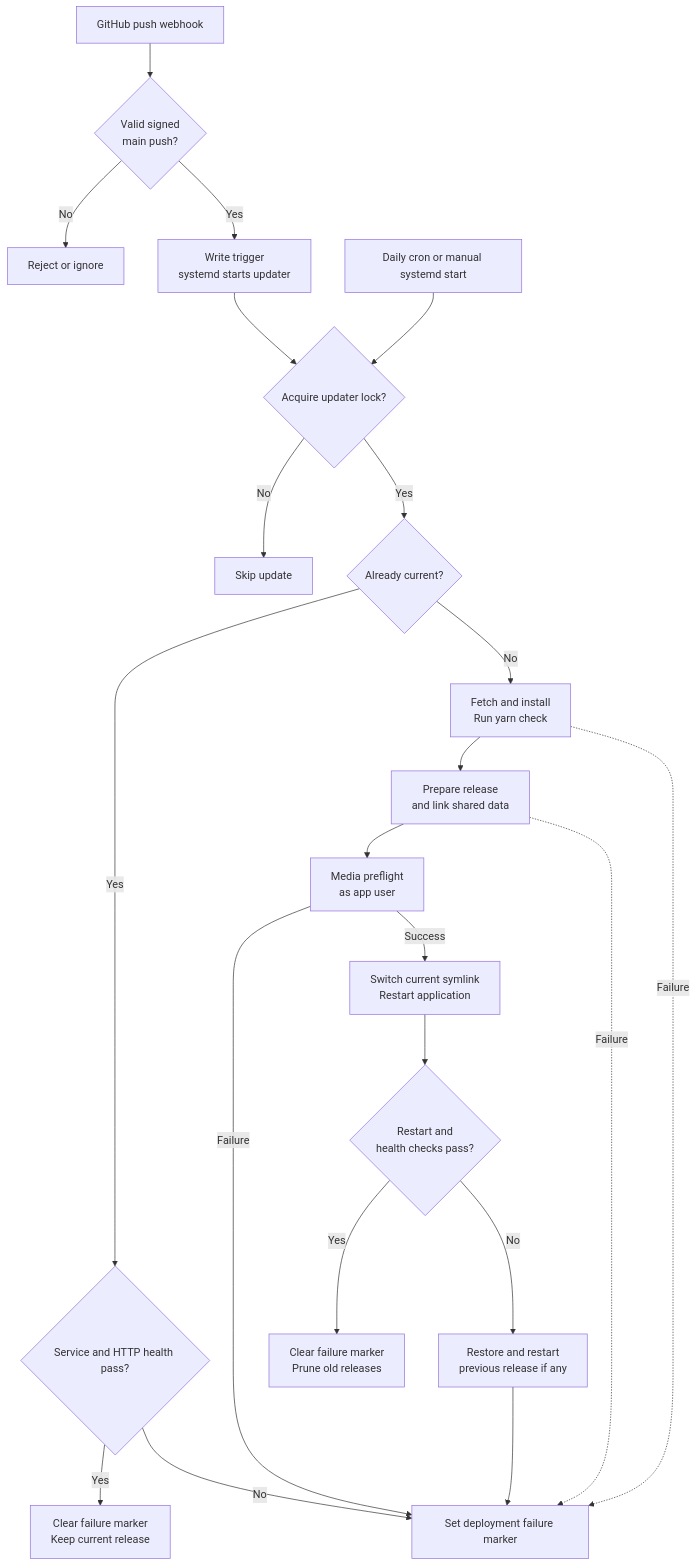
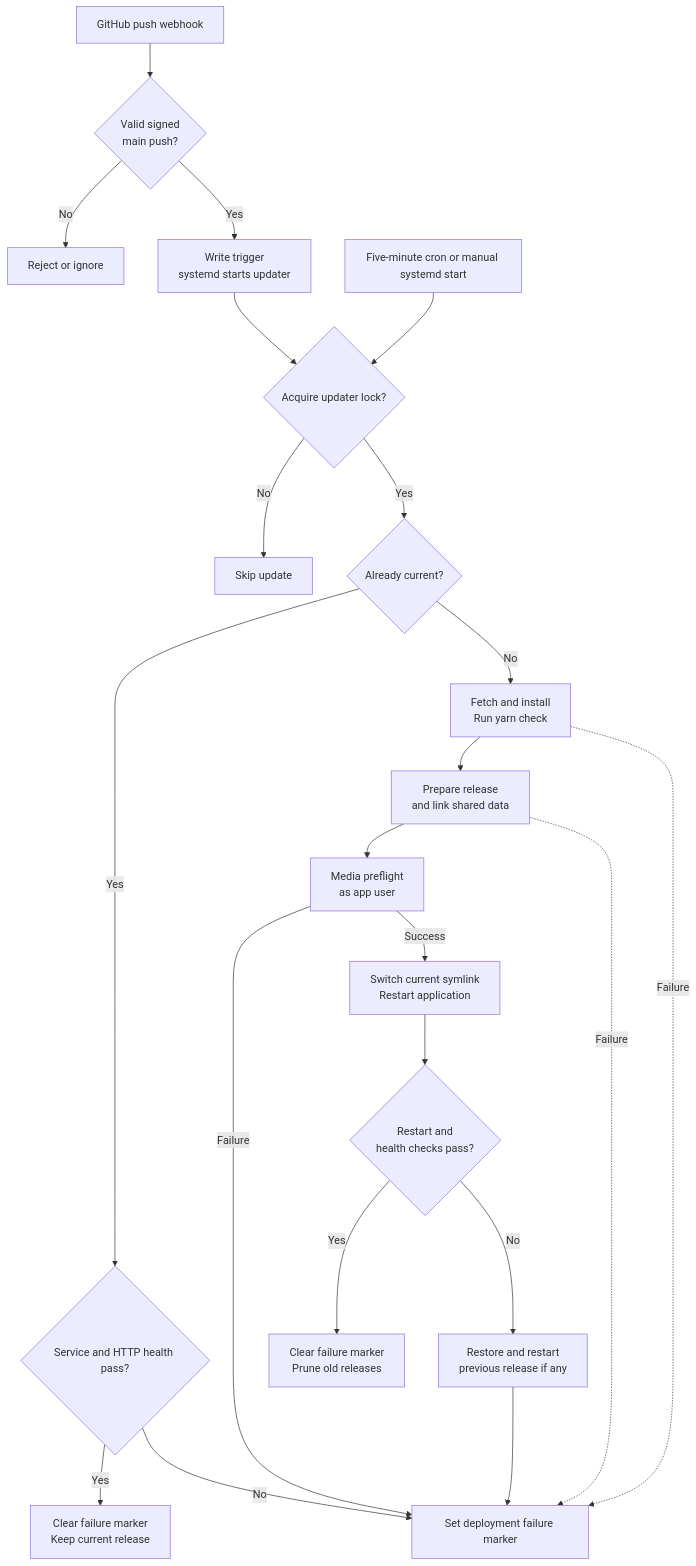
One commit to rogierslag/podcast2article changed the sixth of 6 diagrams in docs/SERVICE-FLOWS.md. Above: the diagram before and after it, drawn with Mermaid. The commit also changed 11 other files, not shown here.

````diff
--- a/docs/SERVICE-FLOWS.md
+++ b/docs/SERVICE-FLOWS.md
@@ -249,24 +249,24 @@
 ```mermaid
 flowchart TD
     Push["GitHub push webhook"] --> Verify{"Valid signed<br/>main push?"}
     Verify -->|No| Ignore["Reject or ignore"]
     Verify -->|Yes| Trigger["Write trigger<br/>systemd starts updater"]
-    Daily["Daily cron or manual systemd start"] --> Lock
+    Daily["Five-minute cron or manual systemd start"] --> Lock
     Trigger --> Lock{"Acquire updater lock?"}
     Lock -->|No| Skip["Skip update"]
     Lock -->|Yes| Revision{"Already current?"}
     Revision -->|Yes| Existing{"Service and HTTP health pass?"}
     Existing -->|Yes| Clear["Clear failure marker<br/>Keep current release"]
     Existing -->|No| Mark["Set deployment failure marker"]
     Revision -->|No| Build["Fetch and install<br/>Run yarn check"]
     Build --> Release["Prepare release<br/>and link shared data"]
     Release --> Media["Media preflight<br/>as app user"]
     Build -.->|Failure| Mark
     Release -.->|Failure| Mark
     Media -->|Failure| Mark
     Media -->|Success| Activate["Switch current symlink<br/>Restart application"]
     Activate --> Health{"Restart and<br/>health checks pass?"}
     Health -->|Yes| Success["Clear failure marker<br/>Prune old releases"]
     Health -->|No| Rollback["Restore and restart<br/>previous release if any"]
     Rollback --> Mark
 ```
````
